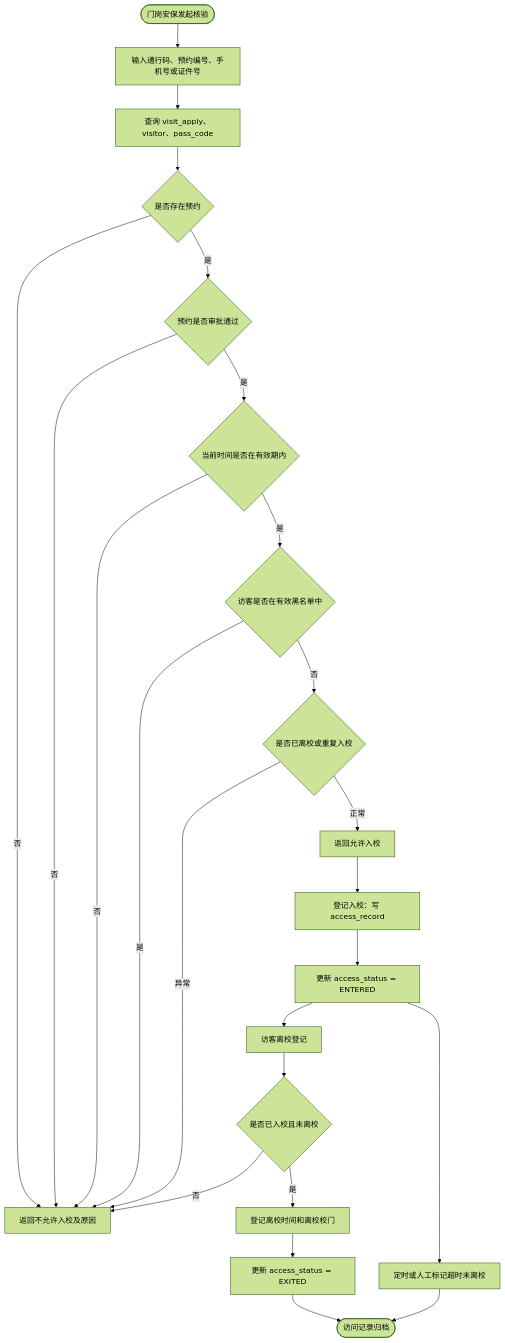
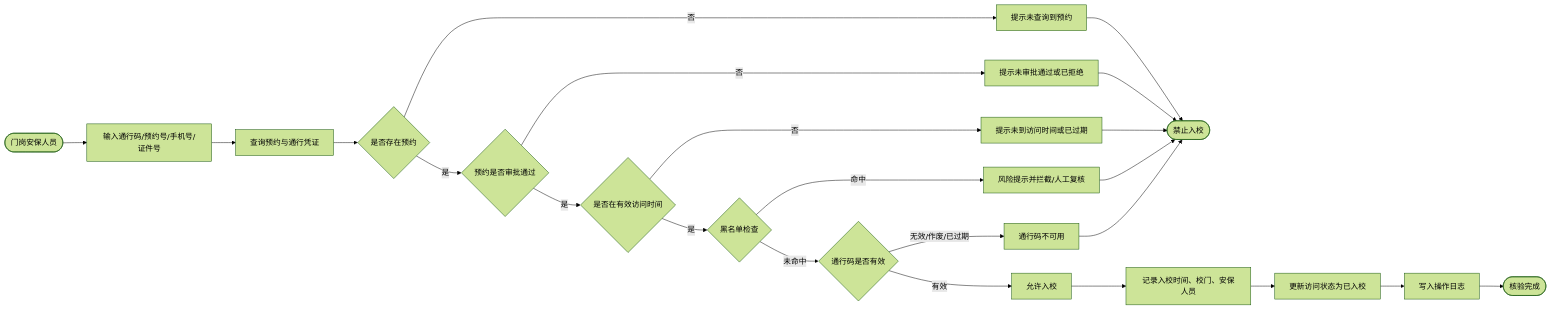
One commit to yccc530/CQUPT-visitor-management-system changed the diagram in project/diagrams/gate_check_workflow.mmd. Above: the diagram before and after it, drawn with Mermaid (forest theme). The commit also changed 67 other files, not shown here.

```diff
--- a/project/diagrams/gate_check_workflow.mmd
+++ b/project/diagrams/gate_check_workflow.mmd
@@ -1,43 +1,28 @@
-flowchart TD
-  Start([门岗安保发起核验])
-  Input[输入通行码、预约编号、手机号或证件号]
-  QueryApply[查询 visit_apply、visitor、pass_code]
-  ApplyExists{是否存在预约}
-  StatusCheck{预约是否审批通过}
-  TimeCheck{当前时间是否在有效期内}
-  BlacklistCheck{访客是否在有效黑名单中}
-  AccessCheck{是否已离校或重复入校}
-  Deny[返回不允许入校及原因]
-  Allow[返回允许入校]
-  Entry[登记入校：写 access_record]
-  UpdateEntered[更新 access_status = ENTERED]
-  ExitRequest[访客离校登记]
-  ExitCheck{是否已入校且未离校}
-  Exit[登记离校时间和离校校门]
-  UpdateExited[更新 access_status = EXITED]
-  Overtime[定时或人工标记超时未离校]
-  End([访问记录归档])
+flowchart LR
+  Guard([门岗安保人员]) --> Input[输入通行码/预约号/手机号/证件号]
+  Input --> Query[查询预约与通行凭证]
+  Query --> Exists{是否存在预约}
+  Exists -->|否| NotFound[提示未查询到预约]
+  NotFound --> Deny([禁止入校])
 
-  Start --> Input
-  Input --> QueryApply
-  QueryApply --> ApplyExists
-  ApplyExists -->|否| Deny
-  ApplyExists -->|是| StatusCheck
-  StatusCheck -->|否| Deny
-  StatusCheck -->|是| TimeCheck
-  TimeCheck -->|否| Deny
-  TimeCheck -->|是| BlacklistCheck
-  BlacklistCheck -->|是| Deny
-  BlacklistCheck -->|否| AccessCheck
-  AccessCheck -->|异常| Deny
-  AccessCheck -->|正常| Allow
-  Allow --> Entry
-  Entry --> UpdateEntered
-  UpdateEntered --> ExitRequest
-  ExitRequest --> ExitCheck
-  ExitCheck -->|否| Deny
-  ExitCheck -->|是| Exit
-  Exit --> UpdateExited
-  UpdateExited --> End
-  UpdateEntered --> Overtime
-  Overtime --> End
+  Exists -->|是| Status{预约是否审批通过}
+  Status -->|否| NotApproved[提示未审批通过或已拒绝]
+  NotApproved --> Deny
+
+  Status -->|是| Time{是否在有效访问时间}
+  Time -->|否| TimeFail[提示未到访问时间或已过期]
+  TimeFail --> Deny
+
+  Time -->|是| Risk{黑名单检查}
+  Risk -->|命中| RiskWarn[风险提示并拦截/人工复核]
+  RiskWarn --> Deny
+
+  Risk -->|未命中| Pass{通行码是否有效}
+  Pass -->|无效/作废/已过期| PassFail[通行码不可用]
+  PassFail --> Deny
+  Pass -->|有效| Allow[允许入校]
+
+  Allow --> Entry[记录入校时间、校门、安保人员]
+  Entry --> Update[更新访问状态为已入校]
+  Update --> Log[写入操作日志]
+  Log --> Done([核验完成])
```
